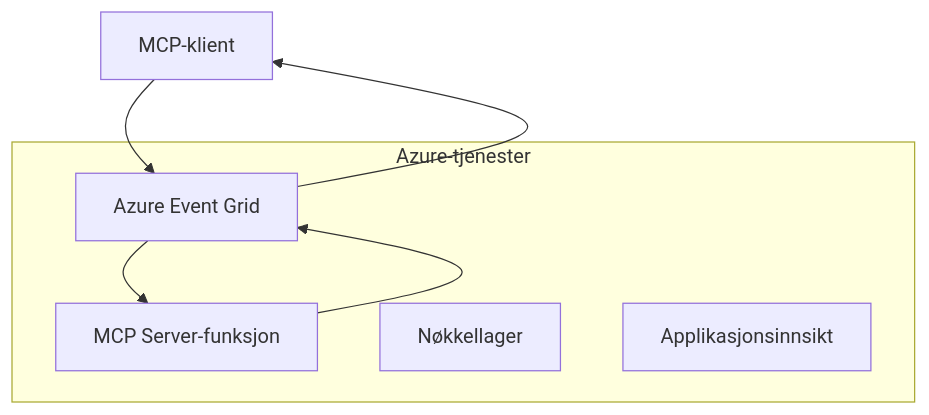
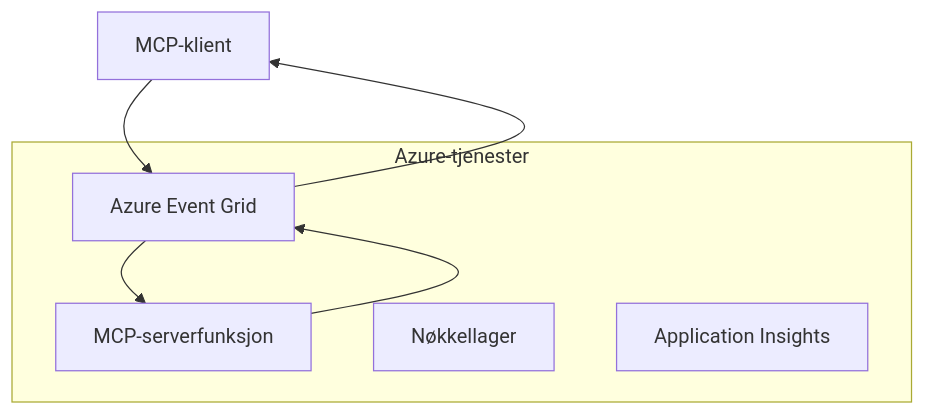
One commit to HIDORAKAI002/ai-workspace-archive changed the first of 2 diagrams in mcp_ecosystem__model_context_protocol/mcp_learning_resources/mcp-for-beginners/translations/no/05-AdvancedTopics/mcp-transport/README.md. Above: the diagram before and after it, drawn with Mermaid. The commit also changed other lines of this file and 1539 other files, not shown here.

````diff
--- a/mcp_ecosystem__model_context_protocol/mcp_learning_resources/mcp-for-beginners/translations/no/05-AdvancedTopics/mcp-transport/README.md
+++ b/mcp_ecosystem__model_context_protocol/mcp_learning_resources/mcp-for-beginners/translations/no/05-AdvancedTopics/mcp-transport/README.md
@@ -58,14 +58,14 @@
 ```mermaid
 graph TB
     Client[MCP-klient] --> EG[Azure Event Grid]
-    EG --> Server[MCP Server-funksjon]
+    EG --> Server[MCP-serverfunksjon]
     Server --> EG
     EG --> Client
     
     subgraph "Azure-tjenester"
         EG
         Server
         KV[Nøkkellager]
-        Monitor[Applikasjonsinnsikt]
+        Monitor[Application Insights]
     end
 ```
````
